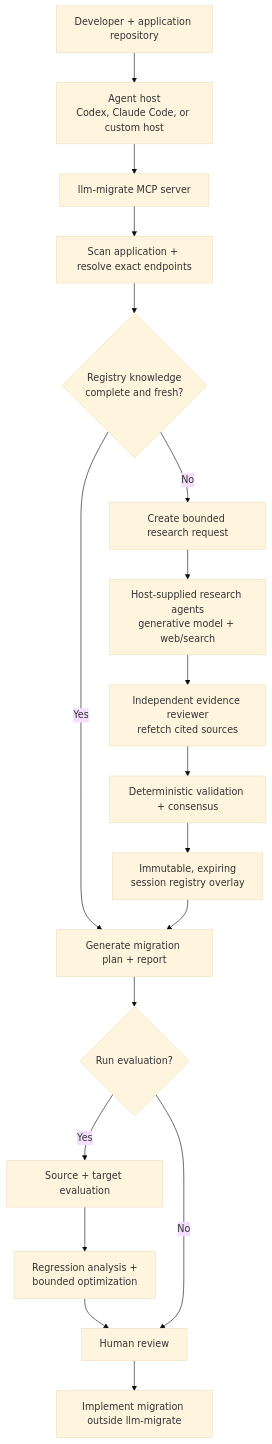
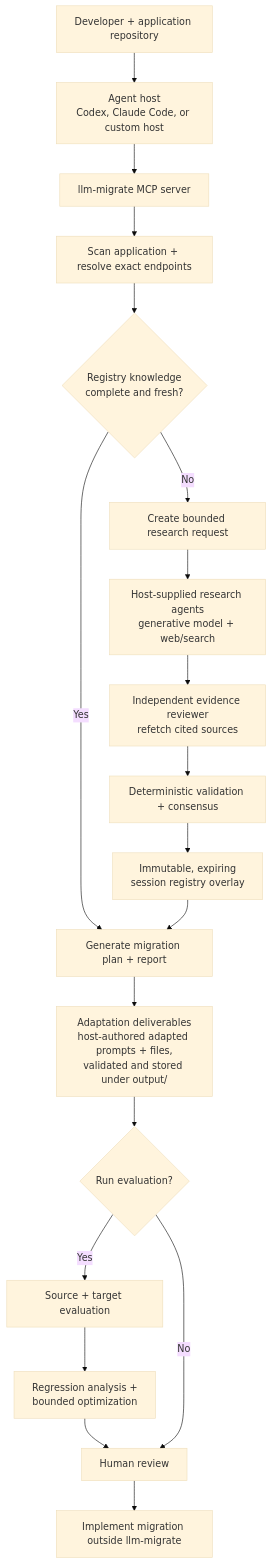
Before and after one commit to Athenaxlee/llm-migrate: the diagram in README.md, drawn with Mermaid (base theme). The commit also changed other lines of this file and 16 other files, not shown here.

````diff
--- a/README.md
+++ b/README.md
@@ -55,22 +66,23 @@
 ```mermaid
 flowchart TD
     U["Developer + application repository"] --> H["Agent host<br/>Codex, Claude Code, or custom host"]
     H --> M["llm-migrate MCP server"]
     M --> S["Scan application + resolve exact endpoints"]
     S --> K{"Registry knowledge<br/>complete and fresh?"}
 
     K -- Yes --> P["Generate migration plan + report"]
     K -- No --> R["Create bounded research request"]
     R --> A["Host-supplied research agents<br/>generative model + web/search"]
     A --> V["Independent evidence reviewer<br/>refetch cited sources"]
     V --> C["Deterministic validation + consensus"]
     C --> O["Immutable, expiring<br/>session registry overlay"]
     O --> P
 
-    P --> E{"Run evaluation?"}
+    P --> D["Adaptation deliverables<br/>host-authored adapted prompts + files,<br/>validated and stored under output/"]
+    D --> E{"Run evaluation?"}
     E -- Yes --> X["Source + target evaluation"]
     X --> G["Regression analysis +<br/>bounded optimization"]
     G --> Q["Human review"]
     E -- No --> Q
     Q --> I["Implement migration outside llm-migrate"]
 ```
````
